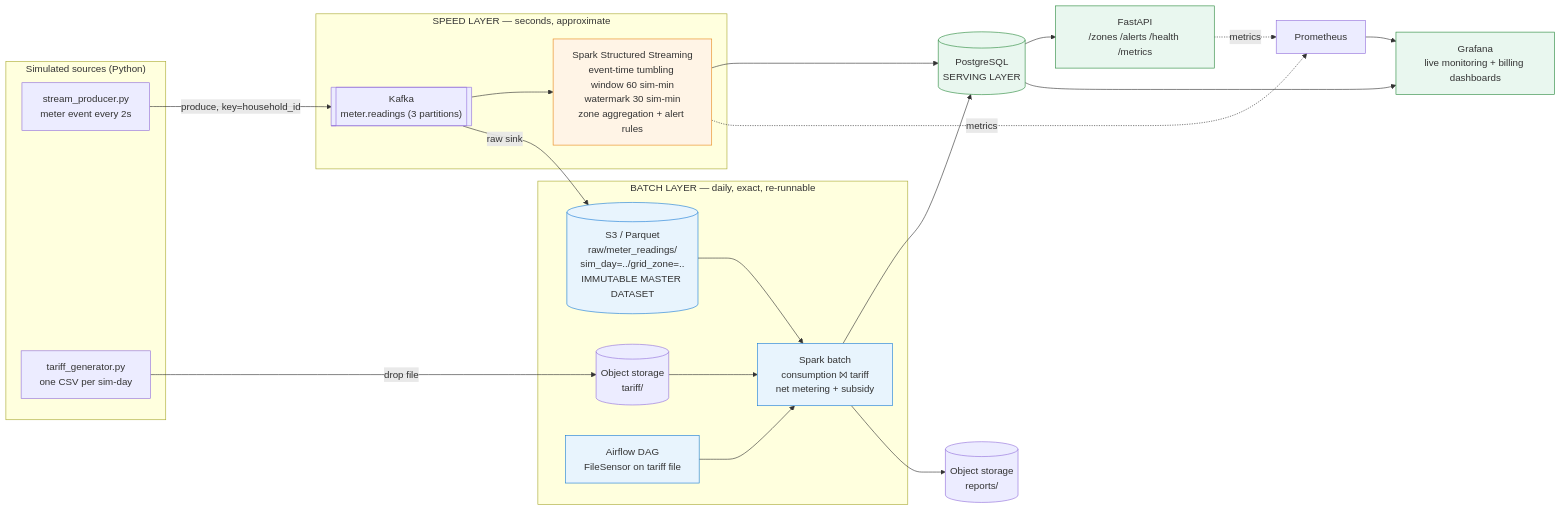
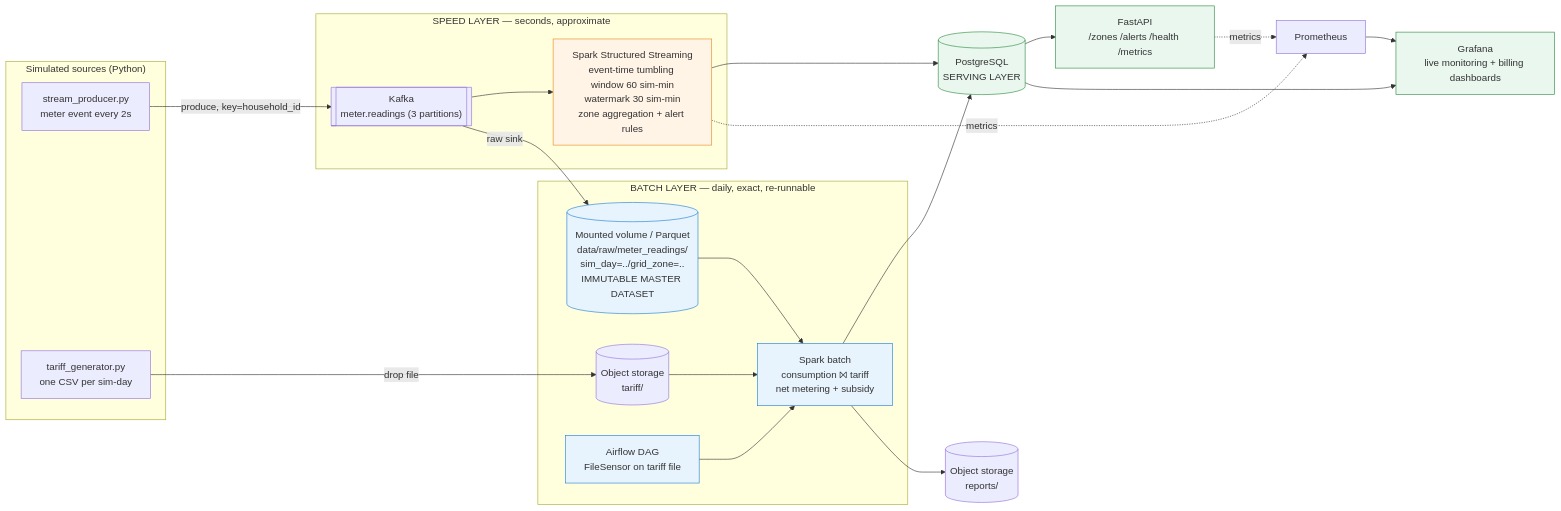
Before and after one commit to kanishkapg/Smart-Grid-Energy: the first of 2 diagrams in docs/01-architecture-diagram.md, drawn with Mermaid. The commit also changed other lines of this file and 19 other files, not shown here.

````diff
--- a/docs/01-architecture-diagram.md
+++ b/docs/01-architecture-diagram.md
@@ -5,38 +5,38 @@
 ```mermaid
 flowchart LR
   subgraph SRC["Simulated sources (Python)"]
     S["stream_producer.py<br/>meter event every 2s"]
     B["tariff_generator.py<br/>one CSV per sim-day"]
   end
 
   S -->|"produce, key=household_id"| K[["Kafka<br/>meter.readings (3 partitions)"]]
   B -->|"drop file"| M[("Object storage<br/>tariff/")]
 
   subgraph SPEED["SPEED LAYER — seconds, approximate"]
     K --> SS["Spark Structured Streaming<br/>event-time tumbling window 60 sim-min<br/>watermark 30 sim-min<br/>zone aggregation + alert rules"]
   end
 
   subgraph BATCH["BATCH LAYER — daily, exact, re-runnable"]
-    K -->|"raw sink"| RAW[("S3 / Parquet<br/>raw/meter_readings/<br/>sim_day=../grid_zone=..<br/>IMMUTABLE MASTER DATASET")]
+    K -->|"raw sink"| RAW[("Mounted volume / Parquet<br/>data/raw/meter_readings/<br/>sim_day=../grid_zone=..<br/>IMMUTABLE MASTER DATASET")]
     AF["Airflow DAG<br/>FileSensor on tariff file"] --> BJ
     RAW --> BJ["Spark batch<br/>consumption ⨝ tariff<br/>net metering + subsidy"]
     M --> BJ
   end
 
   SS --> PG[("PostgreSQL<br/>SERVING LAYER")]
   BJ --> PG
   BJ --> RPT[("Object storage<br/>reports/")]
 
   PG --> API["FastAPI<br/>/zones /alerts /health /metrics"]
   PG --> G["Grafana<br/>live monitoring + billing dashboards"]
   SS -. "metrics" .-> P["Prometheus"]
   API -. "metrics" .-> P
   P --> G
 
   classDef speed fill:#fff4e6,stroke:#e8891c
   classDef batch fill:#e8f4fd,stroke:#1c7ed6
   classDef serve fill:#e9f7ef,stroke:#2b8a3e
   class SS speed
   class RAW,BJ,AF batch
   class PG,API,G serve
 ```
````
